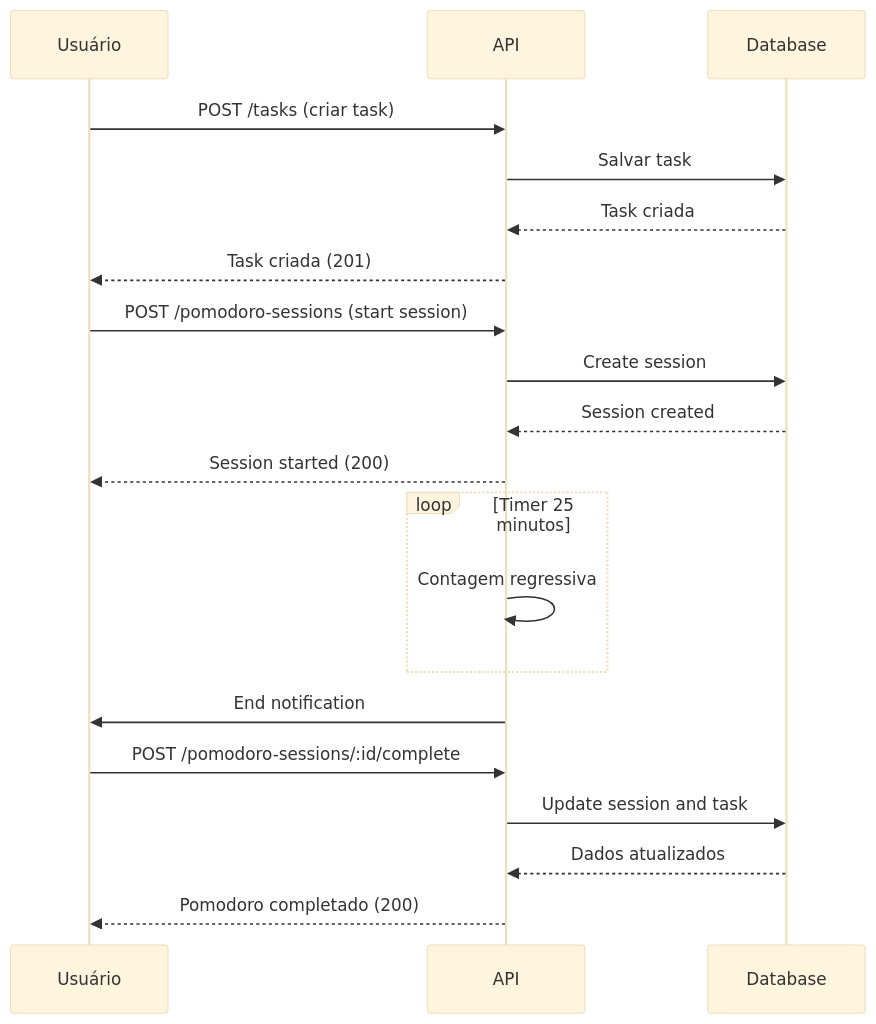
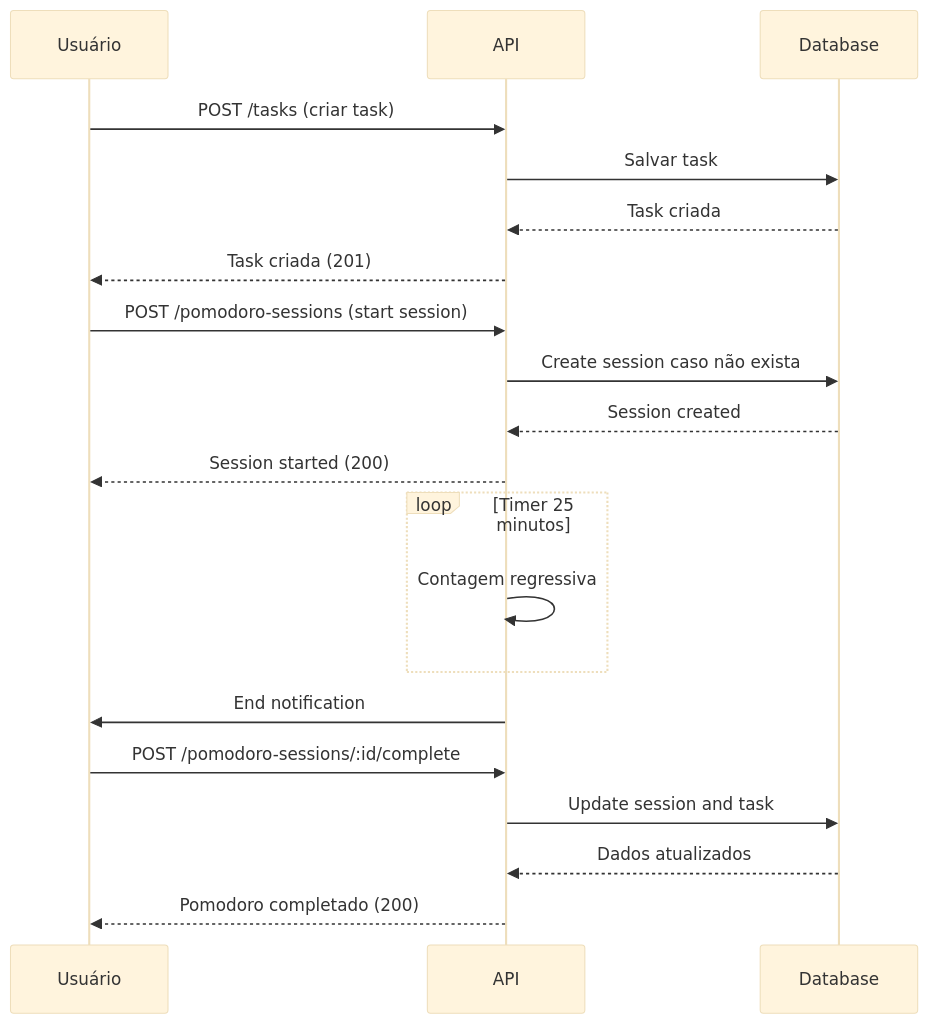
The second of 2 diagrams in docs/project-description.md (klsio22/zen-focos), drawn with Mermaid (base theme) before and after one commit. The commit also changed 6 other files, not shown here.

````diff
--- a/docs/project-description.md
+++ b/docs/project-description.md
@@ -188,26 +188,26 @@
 ```mermaid
 sequenceDiagram
     participant Usuário
     participant API
     participant Database
 
     Usuário->>API: POST /tasks (criar task)
     API->>Database: Salvar task
     Database-->>API: Task criada
     API-->>Usuário: Task criada (201)
 
     Usuário->>API: POST /pomodoro-sessions (start session)
-    API->>Database: Create session
+    API->>Database: Create session caso não exista
     Database-->>API: Session created
     API-->>Usuário: Session started (200)
 
     loop Timer 25 minutos
         API->>API: Contagem regressiva
     end
 
     API->>Usuário: End notification
     Usuário->>API: POST /pomodoro-sessions/:id/complete
     API->>Database: Update session and task
     Database-->>API: Dados atualizados
     API-->>Usuário: Pomodoro completado (200)
 ```
````
